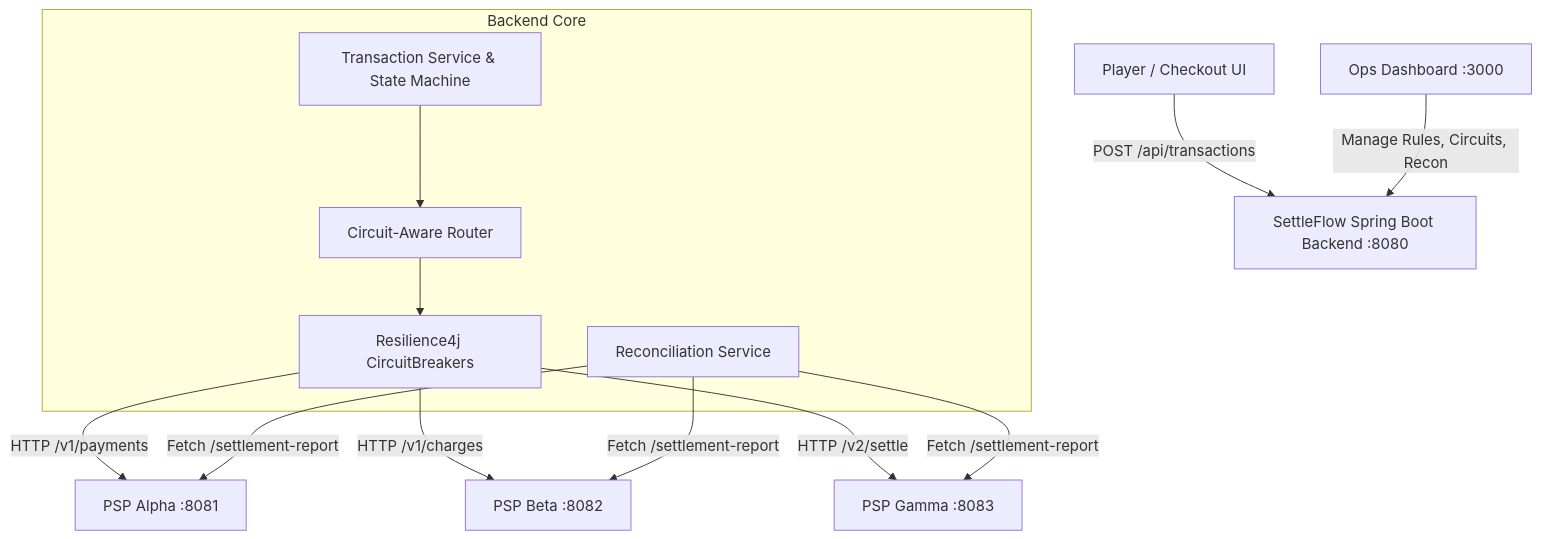
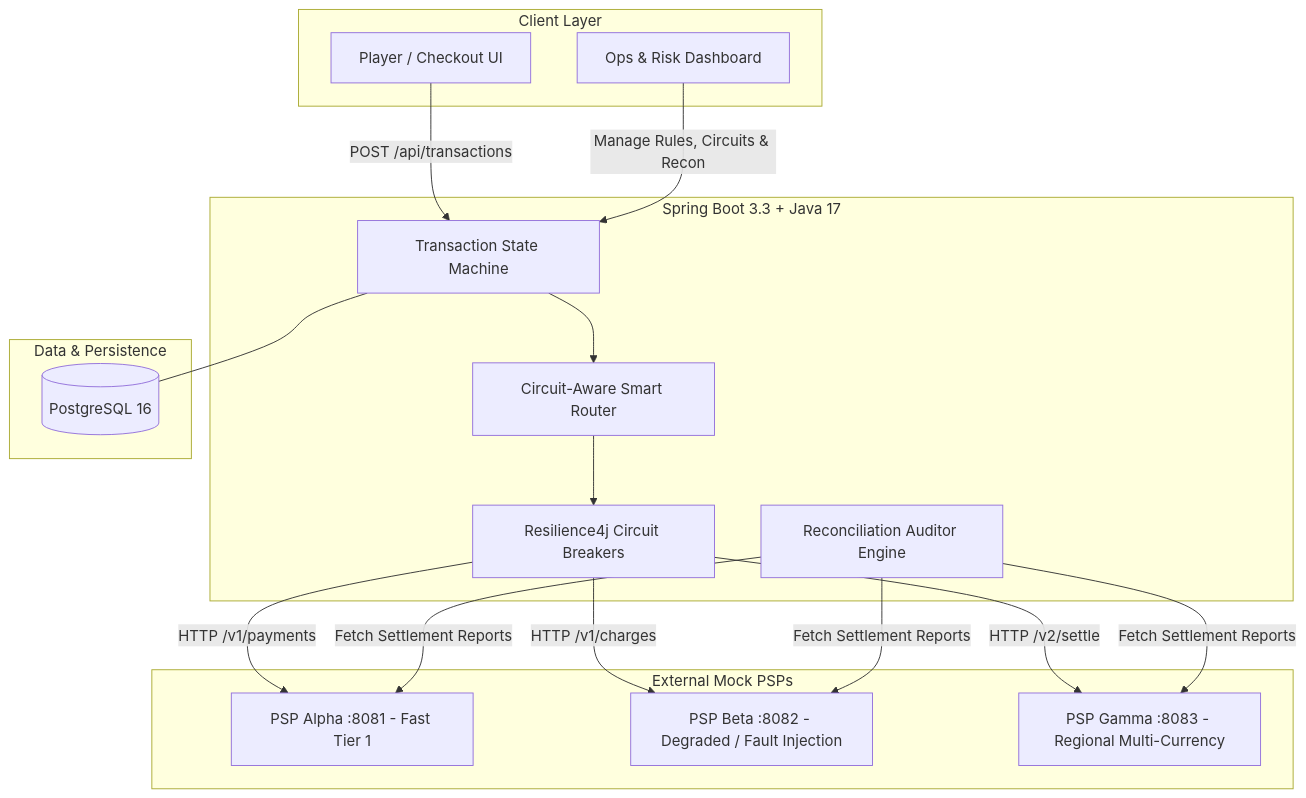
The diagram in README.md (moni-sm/settleflow), drawn with Mermaid before and after one commit. The commit also changed other lines of this file, not shown here.

````diff
--- a/README.md
+++ b/README.md
@@ -19,22 +28,36 @@
 ```mermaid
 flowchart TD
-    Player[Player / Checkout UI] -->|POST /api/transactions| Backend[SettleFlow Spring Boot Backend :8080]
-    Admin[Ops Dashboard :3000] -->|Manage Rules, Circuits, Recon| Backend
-
-    subgraph Backend Core
-        TxService[Transaction Service & State Machine]
-        PspRouter[Circuit-Aware Router]
-        ReconEngine[Reconciliation Service]
-        Resilience[Resilience4j CircuitBreakers]
+    subgraph Client Layer
+        Player[Player / Checkout UI]
+        Admin[Ops & Risk Dashboard]
     end
 
+    subgraph Orchestrator Backend [Spring Boot 3.3 + Java 17]
+        TxService[Transaction State Machine]
+        PspRouter[Circuit-Aware Smart Router]
+        Resilience[Resilience4j Circuit Breakers]
+        ReconEngine[Reconciliation Auditor Engine]
+    end
+
+    subgraph Data & Persistence
+        DB[(PostgreSQL 16)]
+    end
+
+    subgraph External Mock PSPs
+        Alpha[PSP Alpha :8081 - Fast Tier 1]
+        Beta[PSP Beta :8082 - Degraded / Fault Injection]
+        Gamma[PSP Gamma :8083 - Regional Multi-Currency]
+    end
+
+    Player -->|POST /api/transactions| TxService
+    Admin -->|Manage Rules, Circuits & Recon| TxService
     TxService --> PspRouter
     PspRouter --> Resilience
-    Resilience -->|HTTP /v1/payments| Alpha[PSP Alpha :8081]
-    Resilience -->|HTTP /v1/charges| Beta[PSP Beta :8082]
-    Resilience -->|HTTP /v2/settle| Gamma[PSP Gamma :8083]
-
-    ReconEngine -->|Fetch /settlement-report| Alpha
-    ReconEngine -->|Fetch /settlement-report| Beta
-    ReconEngine -->|Fetch /settlement-report| Gamma
+    Resilience -->|HTTP /v1/payments| Alpha
+    Resilience -->|HTTP /v1/charges| Beta
+    Resilience -->|HTTP /v2/settle| Gamma
+    TxService --- DB
+    ReconEngine -->|Fetch Settlement Reports| Alpha
+    ReconEngine -->|Fetch Settlement Reports| Beta
+    ReconEngine -->|Fetch Settlement Reports| Gamma
 ```
````
